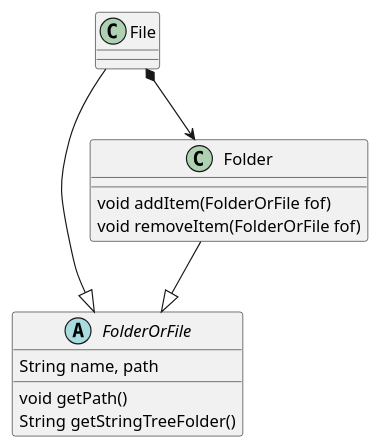
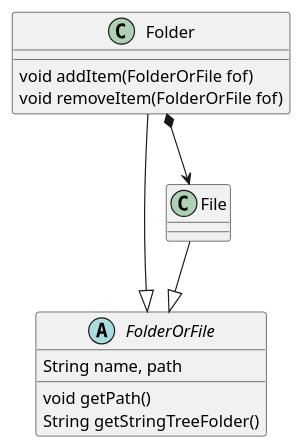
The diagram in src/structure/composite/folder/Folder_diagram.puml (callmekz25/design-pattern-java), drawn with PlantUML before and after one commit. The commit also changed 22 other files, not shown here.

```diff
--- a/src/structure/composite/folder/Folder_diagram.puml
+++ b/src/structure/composite/folder/Folder_diagram.puml
@@ -1,26 +1,24 @@
 @startuml
 
 abstract class FolderOrFile {
     String name, path
     void getPath()
     String getStringTreeFolder()
 
 }
 
 
 class Folder{
      void addItem(FolderOrFile fof)
      void removeItem(FolderOrFile fof)
 }
 
 
 class File
-{
 
-}
 
-File *--> Folder
+Folder *--> File
 
 Folder --|> FolderOrFile
 File --|> FolderOrFile
 @enduml
```
